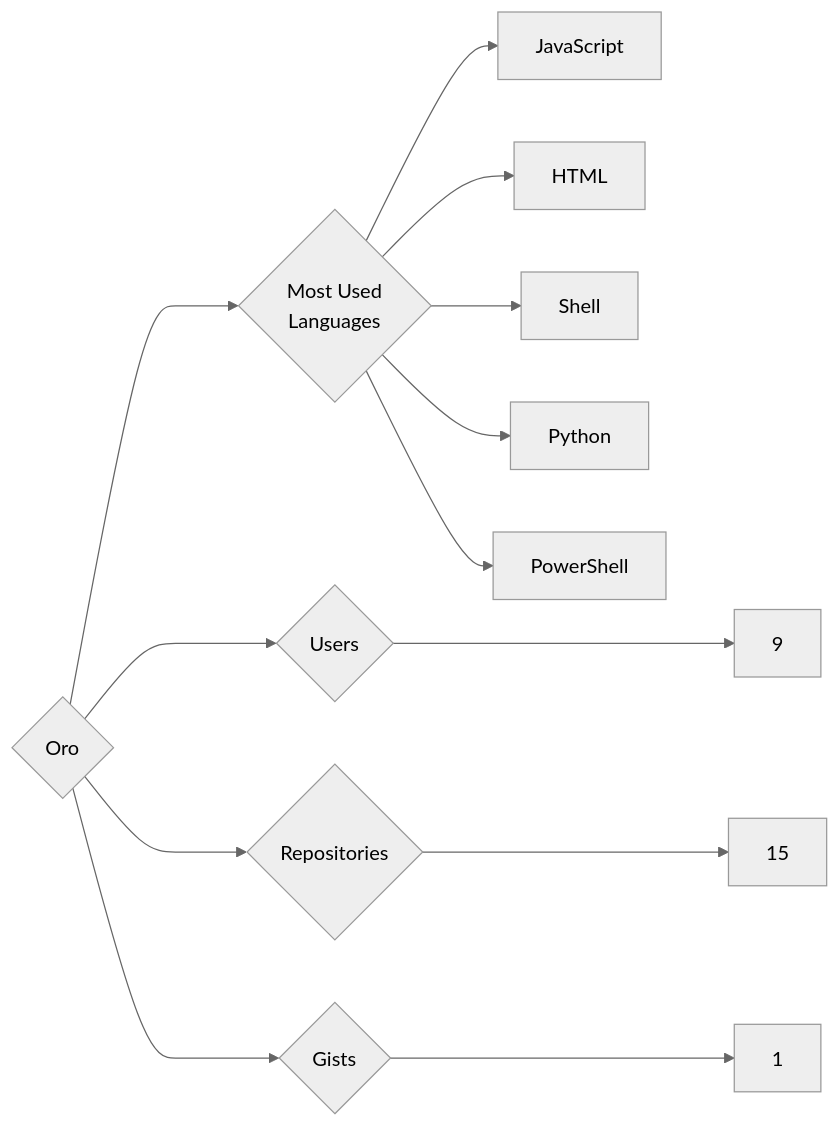
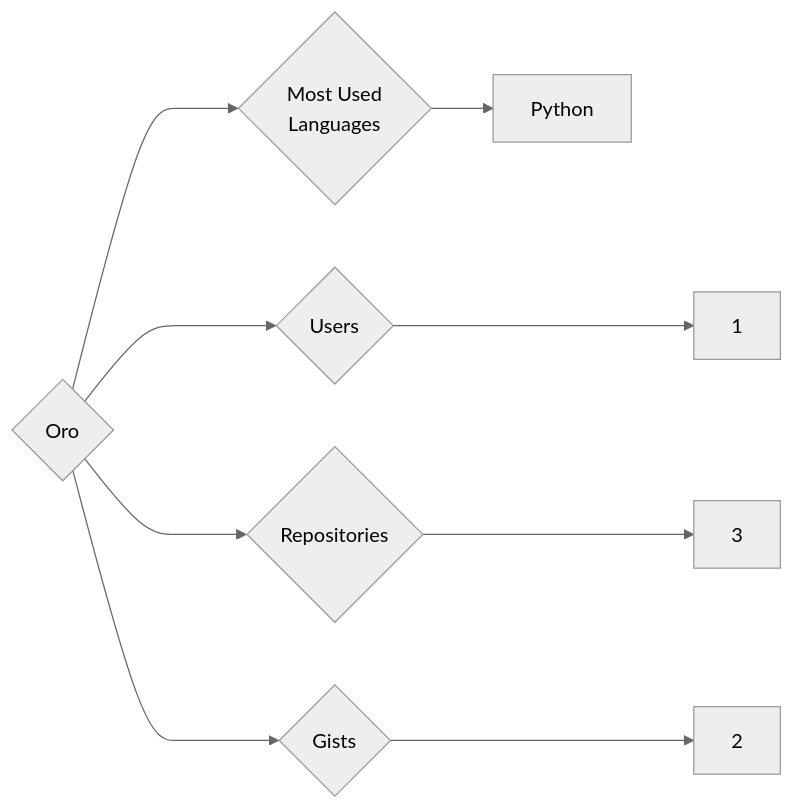
The diagram in targets/Oro/README.md (trickest/insiders), drawn with Mermaid (neutral theme) before and after one commit. The commit also changed 970 other files, not shown here.

````diff
--- a/targets/Oro/README.md
+++ b/targets/Oro/README.md
@@ -3,13 +3,9 @@
 ```mermaid
 graph LR
 COMPANY_NAME{Oro}
-COMPANY_NAME ---> U{Users} ---> UN[9]
-COMPANY_NAME ---> R{Repositories} ---> RN[15]
-COMPANY_NAME ---> G{Gists} ---> GN[1]
+COMPANY_NAME ---> U{Users} ---> UN[1]
+COMPANY_NAME ---> R{Repositories} ---> RN[3]
+COMPANY_NAME ---> G{Gists} ---> GN[2]
 COMPANY_NAME ---> ML{Most Used<br>Languages}
-ML --> JavaScript[JavaScript]
-ML --> HTML[HTML]
-ML --> Shell[Shell]
 ML --> Python[Python]
-ML --> PowerShell[PowerShell]
 ```
````
